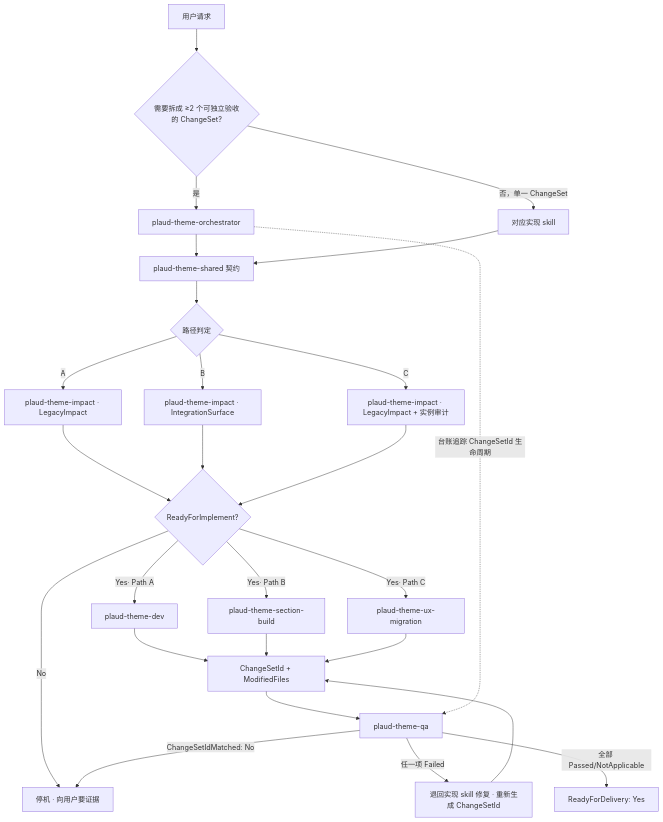
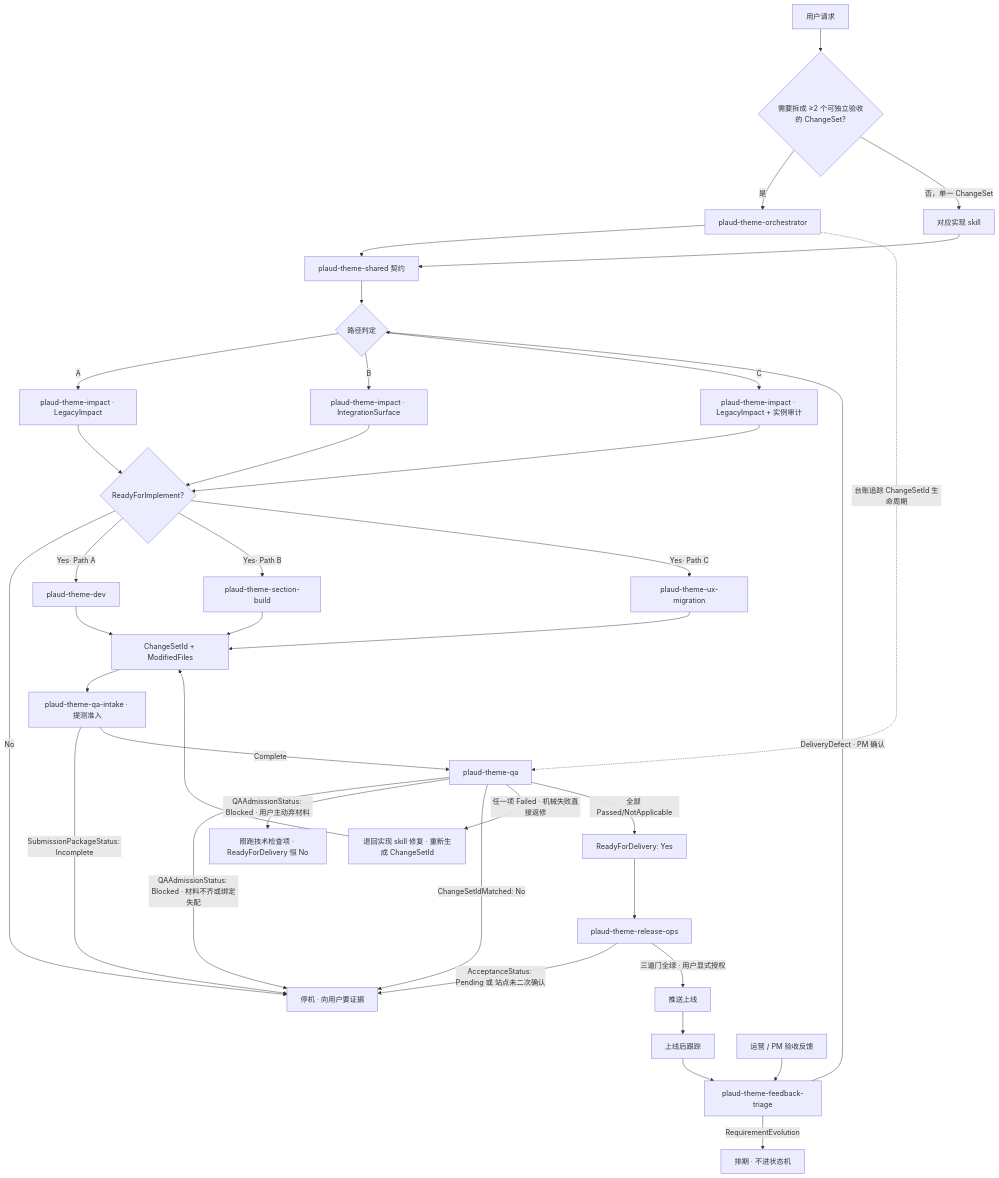
The diagram in MATRIX.md (chovizzz/plaud-theme-matrix), drawn with Mermaid before and after one commit. The commit also changed other lines of this file and 55 other files, not shown here.

````diff
--- a/MATRIX.md
+++ b/MATRIX.md
@@ -68,34 +91,49 @@
 ```mermaid
 flowchart TD
   user[用户请求] --> route{需要拆成 ≥2 个可独立验收的 ChangeSet?}
   route -->|是| orch[plaud-theme-orchestrator]
   route -->|否，单一 ChangeSet| direct[对应实现 skill]
 
   orch --> shared[plaud-theme-shared 契约]
   direct --> shared
 
   shared --> path{路径判定}
   path -->|A| assessA[plaud-theme-impact · LegacyImpact]
   path -->|B| assessB[plaud-theme-impact · IntegrationSurface]
   path -->|C| assessC[plaud-theme-impact · LegacyImpact + 实例审计]
 
   assessA --> gate1{ReadyForImplement?}
   assessB --> gate1
   assessC --> gate1
   gate1 -->|No| stop[停机 · 向用户要证据]
   gate1 -->|Yes· Path A| dev[plaud-theme-dev]
   gate1 -->|Yes· Path B| build[plaud-theme-section-build]
   gate1 -->|Yes· Path C| mig[plaud-theme-ux-migration]
 
   dev --> cs[ChangeSetId + ModifiedFiles]
   build --> cs
   mig --> cs
-  cs --> qa[plaud-theme-qa]
+  cs --> intake[plaud-theme-qa-intake · 提测准入]
 
+  intake -->|SubmissionPackageStatus: Incomplete| stop
+  intake -->|Complete| qa[plaud-theme-qa]
+
+  qa -->|QAAdmissionStatus: Blocked · 材料不齐或绑定失配| stop
+  qa -->|QAAdmissionStatus: Blocked · 用户主动弃材料| run[照跑技术检查项 · ReadyForDelivery 恒 No]
   qa -->|ChangeSetIdMatched: No| stop
-  qa -->|任一项 Failed| back[退回实现 skill 修复 · 重新生成 ChangeSetId]
+  qa -->|任一项 Failed · 机械失败直接返修| back[退回实现 skill 修复 · 重新生成 ChangeSetId]
   back --> cs
   qa -->|全部 Passed/NotApplicable| deliver[ReadyForDelivery: Yes]
 
+  deliver --> rel[plaud-theme-release-ops]
+  rel -->|AcceptanceStatus: Pending 或 站点未二次确认| stop
+  rel -->|三道门全绿 · 用户显式授权| push[推送上线]
+  push --> watch[上线后跟踪]
+
+  watch --> tri[plaud-theme-feedback-triage]
+  ops[运营 / PM 验收反馈] --> tri
+  tri -->|DeliveryDefect · PM 确认| path
+  tri -->|RequirementEvolution| backlog[排期 · 不进状态机]
+
   orch -.台账追踪 ChangeSetId 生命周期.-> qa
 ```
````
